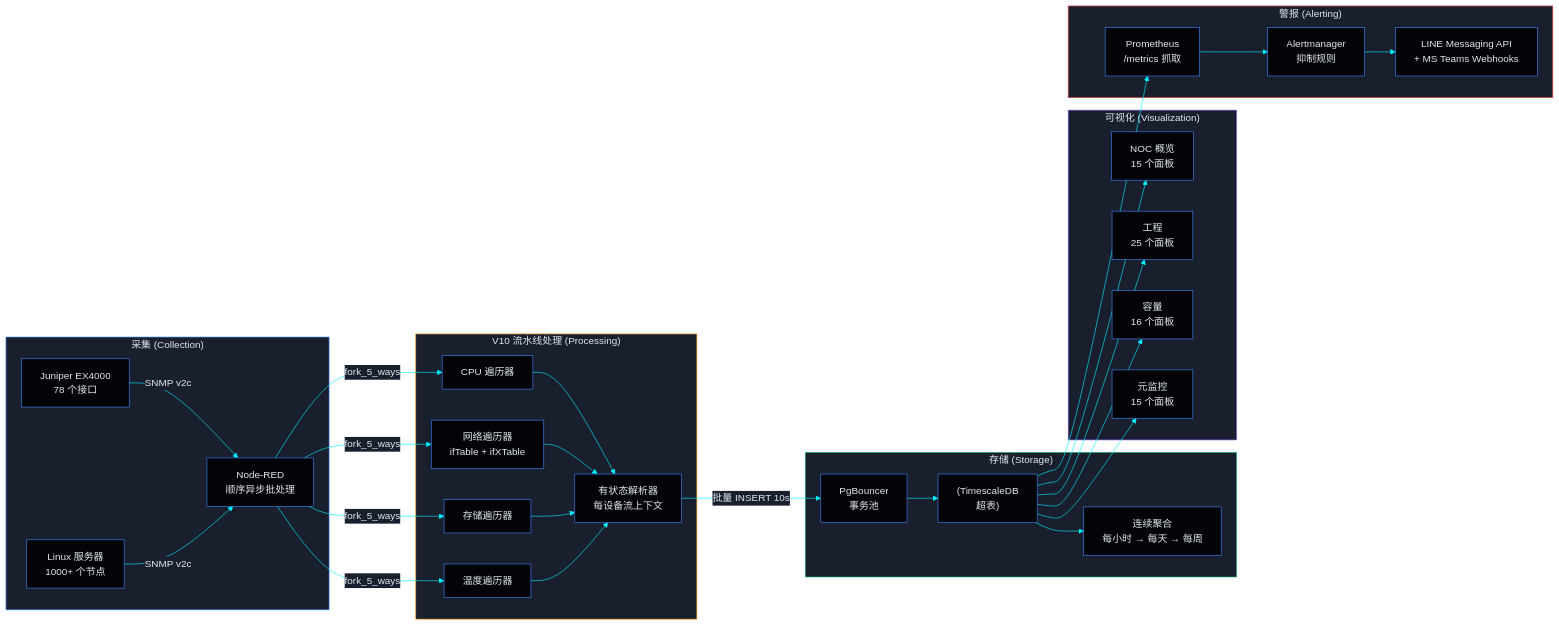
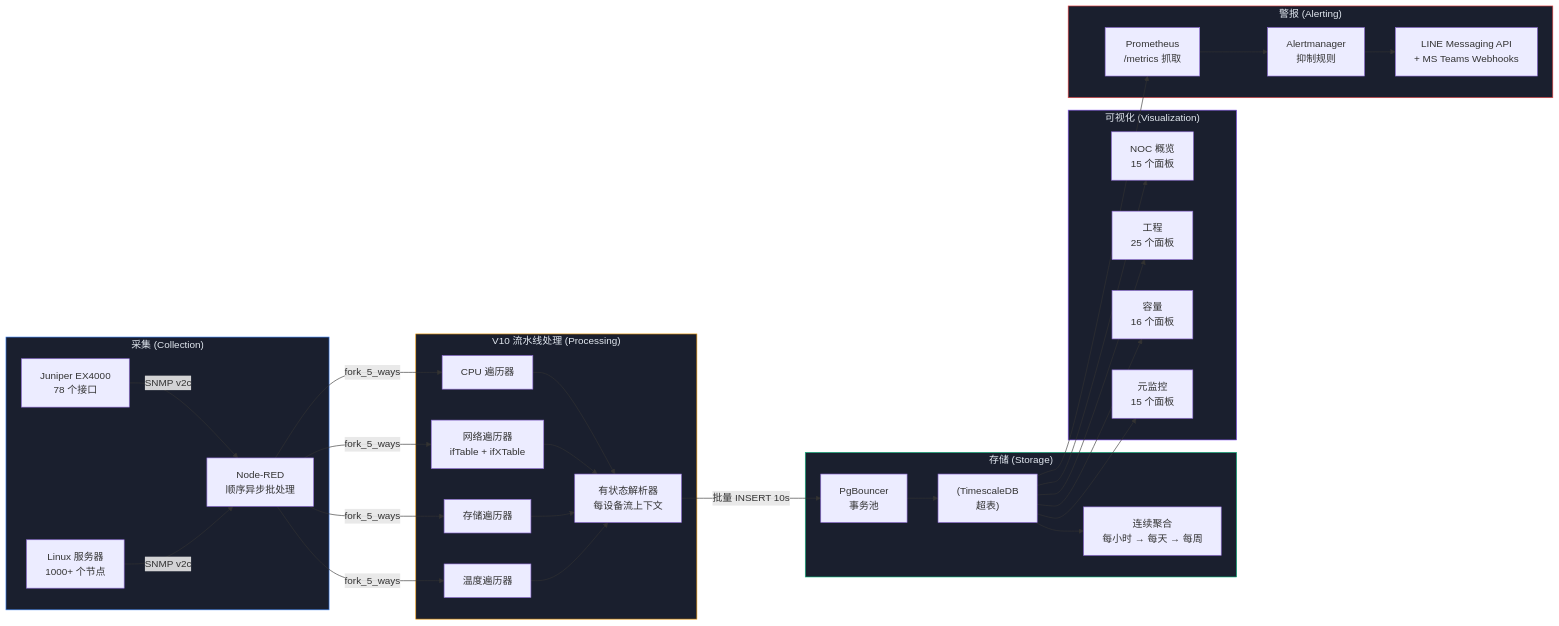
The diagram in README-zh-CN.md (PATTANAKORN025/IMS), drawn with Mermaid before and after one commit. The commit also changed other lines of this file and 5 other files, not shown here.

````diff
--- a/README-zh-CN.md
+++ b/README-zh-CN.md
@@ -162,44 +195,43 @@
 ```mermaid
-%%{init: {'theme': 'base', 'themeVariables': { 'primaryColor': '#030407', 'primaryTextColor': '#e2e8f0', 'primaryBorderColor': '#3B82F6', 'lineColor': '#00F2FE', 'secondaryColor': '#1a1f2e', 'tertiaryColor': '#030407'}}}%%
 flowchart LR
   subgraph Collection ["采集 (Collection)"]
     J["Juniper EX4000\n78 个接口"] -->|SNMP v2c| W["Node-RED\n顺序异步批处理"]
     S["Linux 服务器\n1000+ 个节点"] -->|SNMP v2c| W
   end
 
   subgraph Processing ["V10 流水线处理 (Processing)"]
     W -->|fork_5_ways| CPU[CPU 遍历器]
     W -->|fork_5_ways| NET["网络遍历器\nifTable + ifXTable"]
     W -->|fork_5_ways| STO[存储遍历器]
     W -->|fork_5_ways| TMP[温度遍历器]
     CPU --> P["有状态解析器\n每设备流上下文"]
     NET --> P
     STO --> P
     TMP --> P
   end
 
   subgraph Storage ["存储 (Storage)"]
     P -->|批量 INSERT 10s| B["PgBouncer\n事务池"]
     B --> T["(TimescaleDB\n超表)"]
     T --> CAGG["连续聚合<br>每小时 → 每天 → 每周"]
   end
 
   subgraph Visualization ["可视化 (Visualization)"]
     T --> G1["NOC 概览\n15 个面板"]
     T --> G2["工程\n25 个面板"]
     T --> G3["容量\n16 个面板"]
     T --> G4["元监控\n15 个面板"]
   end
 
   subgraph Alerting ["警报 (Alerting)"]
     T --> PR["Prometheus\n/metrics 抓取"]
     PR --> AM["Alertmanager\n抑制规则"]
     AM --> WEB["LINE Messaging API\n+ MS Teams Webhooks"]
   end
 
   style Collection fill:#1a1f2e,stroke:#3B82F6,color:#e2e8f0
   style Processing fill:#1a1f2e,stroke:#F59E0B,color:#e2e8f0
   style Storage fill:#1a1f2e,stroke:#10B981,color:#e2e8f0
   style Visualization fill:#1a1f2e,stroke:#8B5CF6,color:#e2e8f0
   style Alerting fill:#1a1f2e,stroke:#EF4444,color:#e2e8f0
 ```
````
